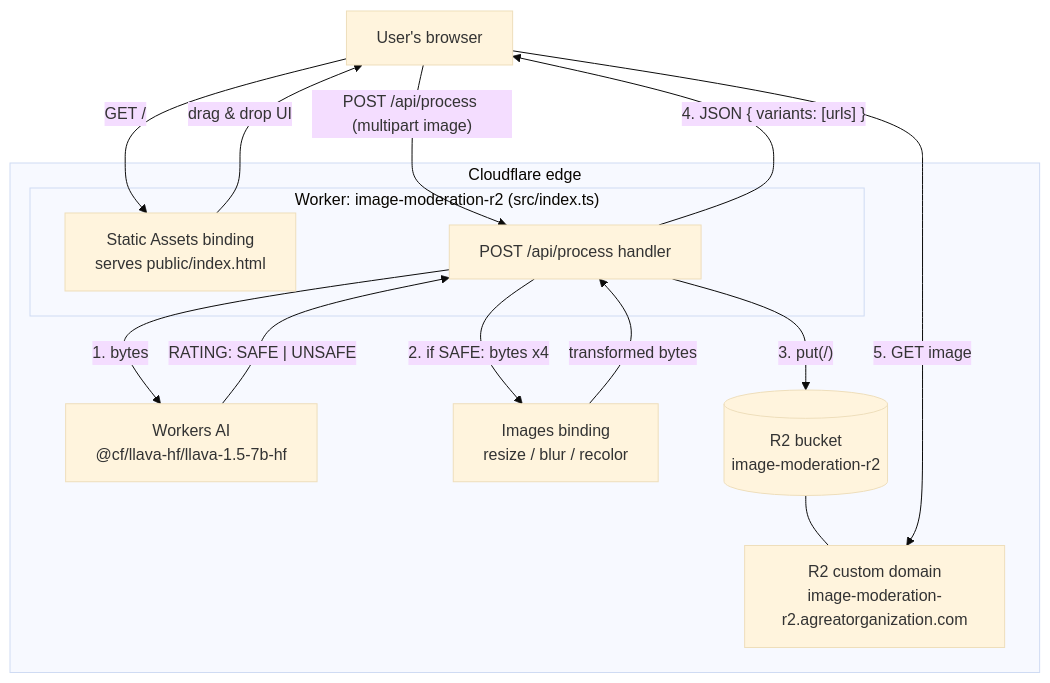
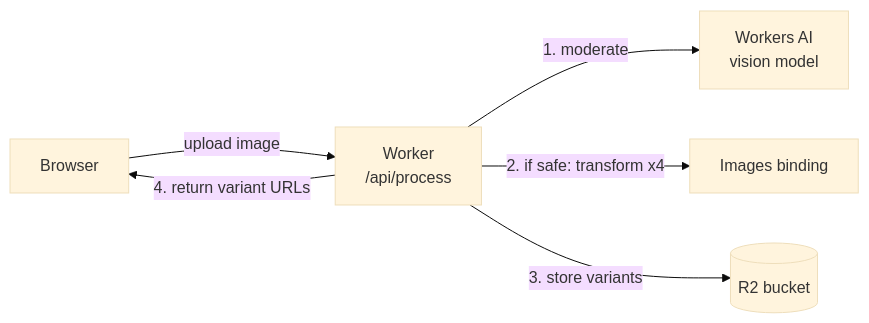
Before and after one commit to ale-cf/image-moderation-r2: the first of 2 diagrams in README.md, drawn with Mermaid (base theme). The commit also changed other lines of this file, not shown here.

Commit message:
docs: split architecture diagram into moderation and serving flows

````diff
--- a/README.md
+++ b/README.md
@@ -19,29 +19,8 @@
 ```mermaid
-flowchart TD
-    U["User's browser"]
-
-    subgraph CF["Cloudflare edge"]
-        subgraph W["Worker: image-moderation-r2 (src/index.ts)"]
-            ASSETS["Static Assets binding\nserves public/index.html"]
-            API["POST /api/process handler"]
-        end
-        AI["Workers AI\n@cf/llava-hf/llava-1.5-7b-hf"]
-        IMG["Images binding\nresize / blur / recolor"]
-        R2[("R2 bucket\nimage-moderation-r2")]
-        CDN["R2 custom domain\nimage-moderation-r2.agreatorganization.com"]
-    end
-
-    U -- "GET /" --> ASSETS
-    ASSETS -- "drag & drop UI" --> U
-    U -- "POST /api/process (multipart image)" --> API
-
-    API -- "1. bytes" --> AI
-    AI -- "RATING: SAFE | UNSAFE" --> API
-    API -- "2. if SAFE: bytes x4" --> IMG
-    IMG -- "transformed bytes" --> API
-    API -- "3. put(<id>/<variant>)" --> R2
-    API -- "4. JSON { variants: [urls] }" --> U
-
-    R2 --- CDN
-    U -- "5. GET <variant> image" --> CDN
+flowchart LR
+    U["Browser"] -- "upload image" --> API["Worker\n/api/process"]
+    API -- "1. moderate" --> AI["Workers AI\nvision model"]
+    API -- "2. if safe: transform x4" --> IMG["Images binding"]
+    API -- "3. store variants" --> R2[("R2 bucket")]
+    API -- "4. return variant URLs" --> U
 ```
````
